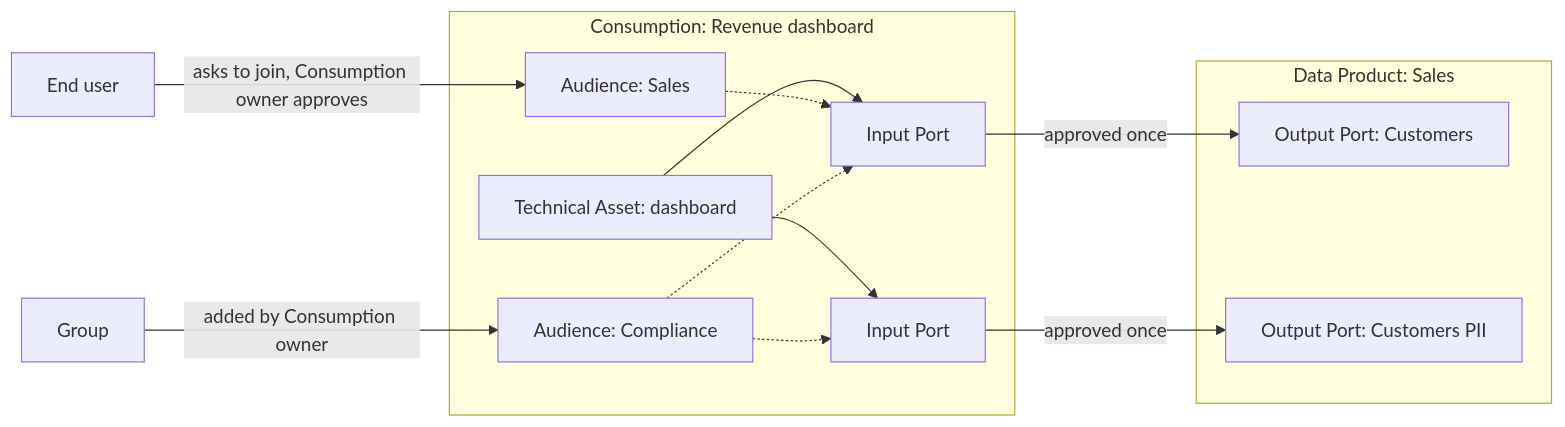
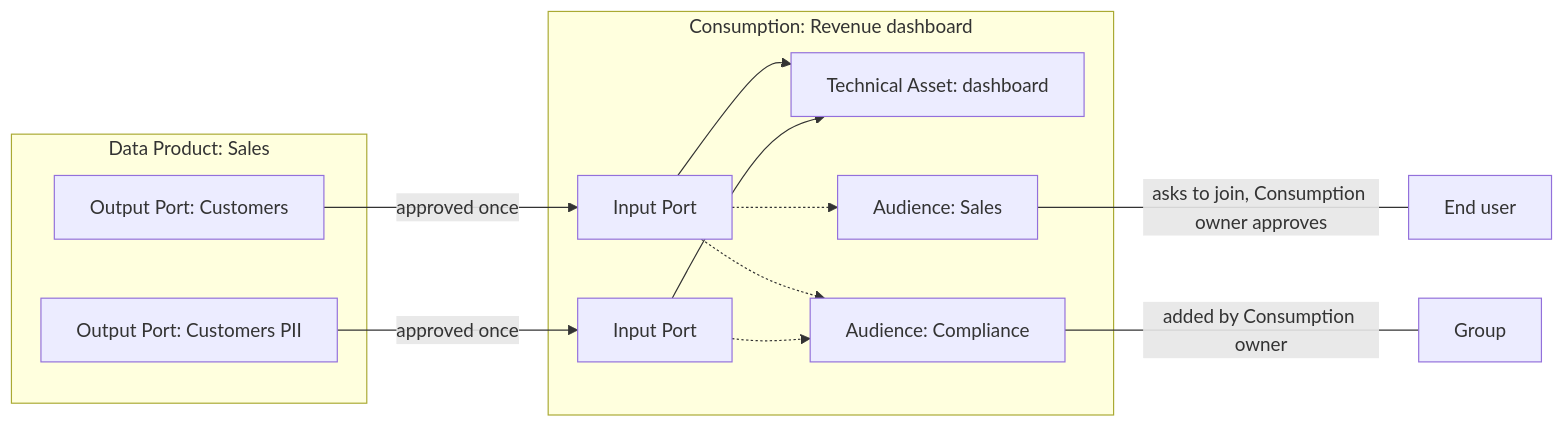
Before and after one commit to conveyordata/data-product-portal: the diagram in docs/adr/0027-dashboard-consumption.md, drawn with Mermaid. The commit also changed other lines of this file, not shown here.

Commit message:
Answer open review comments on consumption ADR
State that end users discover dashboards in Portal, that Portal is the
source of truth for a Consumption's Input Ports and audiences, and that
an existing dashboard can be registered. Draw the diagram in the
direction the data flows.

````diff
--- a/docs/adr/0027-dashboard-consumption.md
+++ b/docs/adr/0027-dashboard-consumption.md
@@ -132,23 +134,23 @@
 ```mermaid
 flowchart LR
     subgraph Producer[Data Product: Sales]
         OP1[Output Port: Customers]
         OP2[Output Port: Customers PII]
     end
     subgraph Consumption[Consumption: Revenue dashboard]
         IP1[Input Port]
         IP2[Input Port]
         TA[Technical Asset: dashboard]
         A1[Audience: Sales]
         A2[Audience: Compliance]
     end
-    IP1 -->|approved once| OP1
-    IP2 -->|approved once| OP2
-    TA --> IP1
-    TA --> IP2
-    A1 -.-> IP1
-    A2 -.-> IP1
-    A2 -.-> IP2
-    EU[End user] -->|asks to join, Consumption owner approves| A1
-    G[Group] -->|added by Consumption owner| A2
+    OP1 -->|approved once| IP1
+    OP2 -->|approved once| IP2
+    IP1 --> TA
+    IP2 --> TA
+    IP1 -.-> A1
+    IP1 -.-> A2
+    IP2 -.-> A2
+    A1 ---|asks to join, Consumption owner approves| EU[End user]
+    A2 ---|added by Consumption owner| G[Group]
 ```
````
